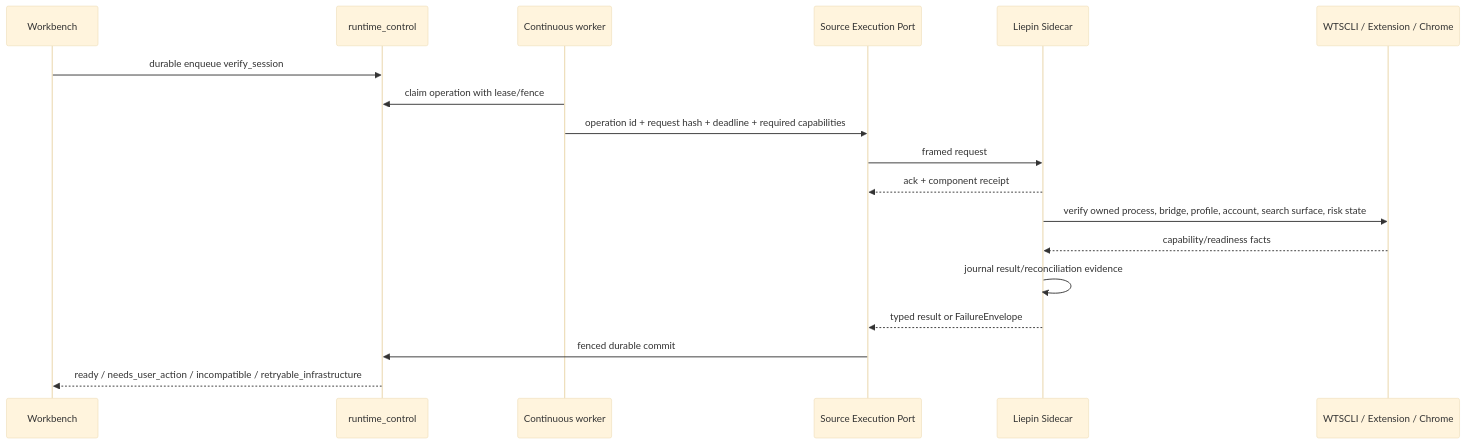
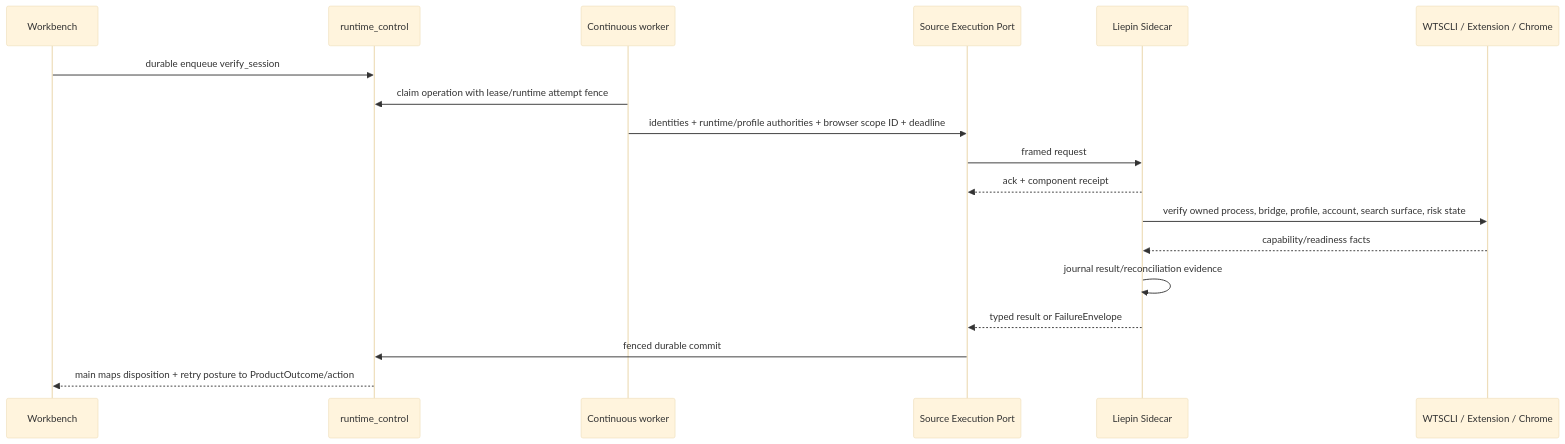
The third of 3 diagrams in docs/plans/external-execution-plane-v1-runtime-topology.md (FrankQDWang/SeekTalent), drawn with Mermaid (base theme) before and after one commit. The commit also changed other lines of this file, not shown here.

Commit message:
docs: harden EEP runtime topology contract

````diff
--- a/docs/plans/external-execution-plane-v1-runtime-topology.md
+++ b/docs/plans/external-execution-plane-v1-runtime-topology.md
@@ -388,21 +408,21 @@
 ```mermaid
 sequenceDiagram
   participant UI as Workbench
   participant CP as runtime_control
   participant W as Continuous worker
   participant P as Source Execution Port
   participant S as Liepin Sidecar
   participant B as WTSCLI / Extension / Chrome
 
   UI->>CP: durable enqueue verify_session
-  W->>CP: claim operation with lease/fence
-  W->>P: operation id + request hash + deadline + required capabilities
+  W->>CP: claim operation with lease/runtime attempt fence
+  W->>P: identities + runtime/profile authorities + browser scope ID + deadline
   P->>S: framed request
   S-->>P: ack + component receipt
   S->>B: verify owned process, bridge, profile, account, search surface, risk state
   B-->>S: capability/readiness facts
   S->>S: journal result/reconciliation evidence
   S-->>P: typed result or FailureEnvelope
   P->>CP: fenced durable commit
-  CP-->>UI: ready / needs_user_action / incompatible / retryable_infrastructure
+  CP-->>UI: main maps disposition + retry posture to ProductOutcome/action
 ```
````
